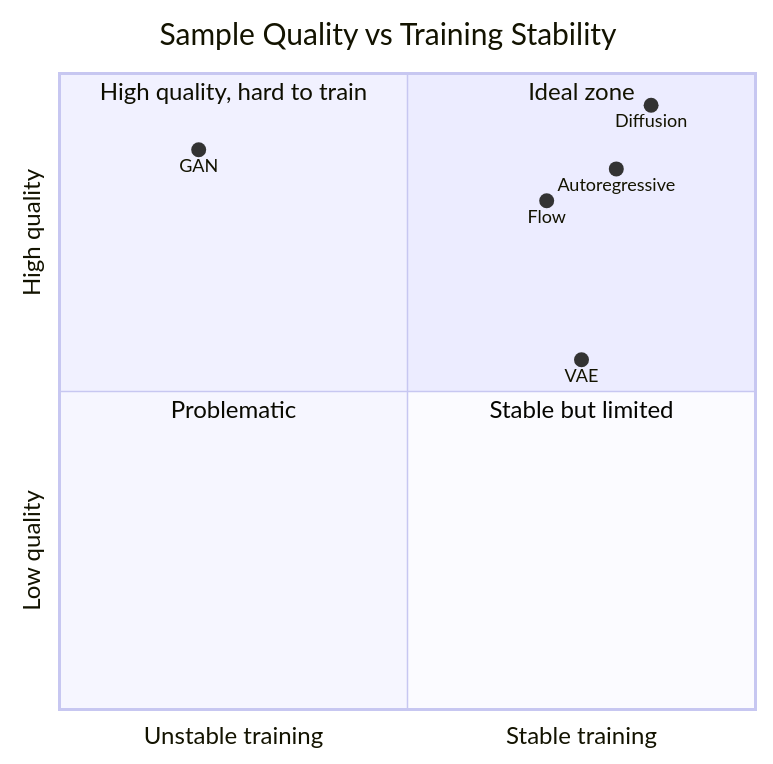
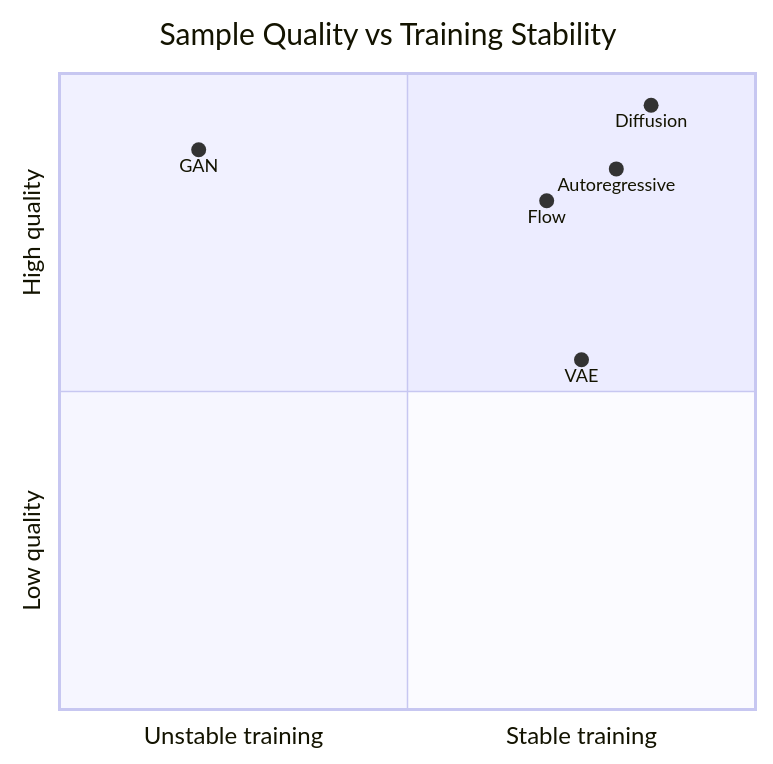
The fourth of 8 diagrams in EN/1. AlphaFold3/1.2. Architecture/1.2.4. Diffusion Models — Theory and Applications.md (OlehVolkov/AlphaFold3-AIGen-KnowledgeBase), drawn with Mermaid before and after one commit. The commit also changed other lines of this file and 15 other files, not shown here.

Commit message:
Updated images and diagrams handling

````diff
--- a/EN/1. AlphaFold3/1.2. Architecture/1.2.4. Diffusion Models — Theory and Applications.md
+++ b/EN/1. AlphaFold3/1.2. Architecture/1.2.4. Diffusion Models — Theory and Applications.md
@@ -155,15 +157,11 @@
 ```mermaid
 quadrantChart
     title Sample Quality vs Training Stability
     x-axis "Unstable training" --> "Stable training"
     y-axis "Low quality" --> "High quality"
-    quadrant-1 Ideal zone
-    quadrant-2 High quality, hard to train
-    quadrant-3 Problematic
-    quadrant-4 Stable but limited
     Diffusion: [0.85, 0.95]
     Autoregressive: [0.80, 0.85]
     Flow: [0.70, 0.80]
     GAN: [0.20, 0.88]
     VAE: [0.75, 0.55]
 ```
````
